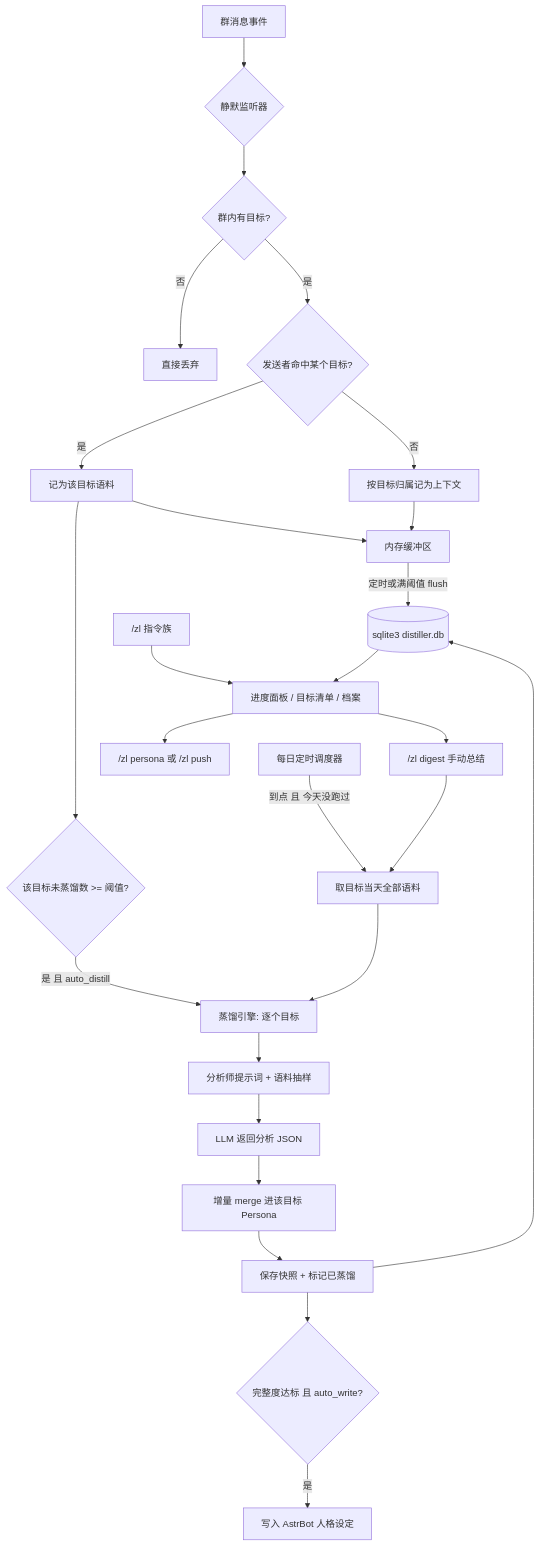
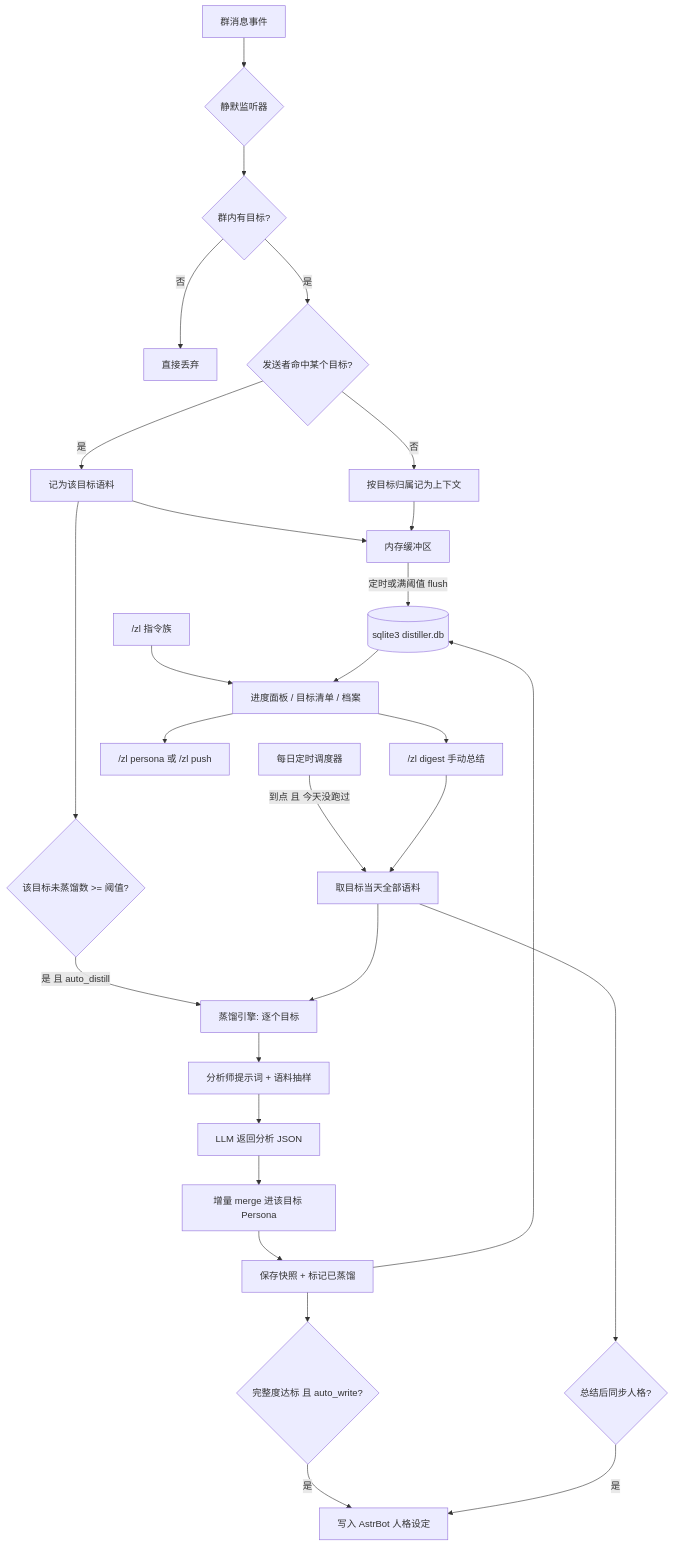
Before and after one commit to Shawlei/astrbot_plugin_group_distiller: the diagram in README.md, drawn with Mermaid. The commit also changed other lines of this file and 8 other files, not shown here.

First line of the commit message:
feat: v0.4.0 蒸馏更细 + 每日总结同步人格 + 两个约束模板 + 插件图标

````diff
--- a/README.md
+++ b/README.md
@@ -333,28 +387,30 @@
 ```mermaid
 flowchart TD
     A[群消息事件] --> B{静默监听器}
     B --> C{群内有目标?}
     C -->|否| X[直接丢弃]
     C -->|是| D{发送者命中某个目标?}
     D -->|是| E[记为该目标语料]
     D -->|否| F[按目标归属记为上下文]
     E --> G[内存缓冲区]
     F --> G
     G -->|定时或满阈值 flush| H[(sqlite3 distiller.db)]
     E --> I{该目标未蒸馏数 >= 阈值?}
     I -->|是 且 auto_distill| J[蒸馏引擎: 逐个目标]
     J --> K[分析师提示词 + 语料抽样]
     K --> L[LLM 返回分析 JSON]
     L --> M[增量 merge 进该目标 Persona]
     M --> N[保存快照 + 标记已蒸馏]
     N --> O{完整度达标 且 auto_write?}
     O -->|是| P[写入 AstrBot 人格设定]
     T[每日定时调度器] -->|到点 且 今天没跑过| U[取目标当天全部语料]
     U --> J
+    U --> W{总结后同步人格?}
+    W -->|是| P
     Q["/zl 指令族"] --> R[进度面板 / 目标清单 / 档案]
     R --> S["/zl persona 或 /zl push"]
     R --> V["/zl digest 手动总结"]
     V --> U
     H --> R
     N --> H
 ```
````
